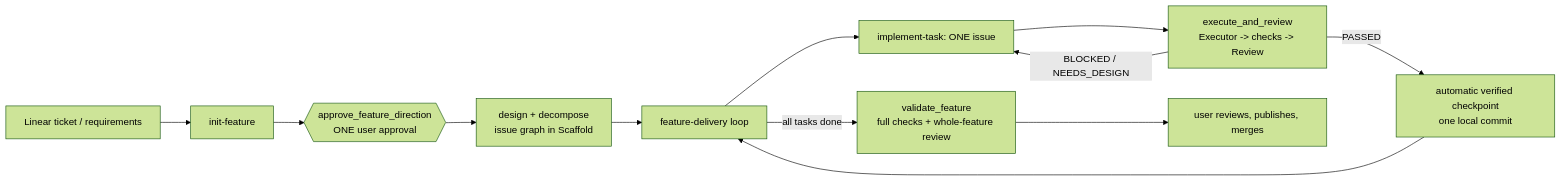
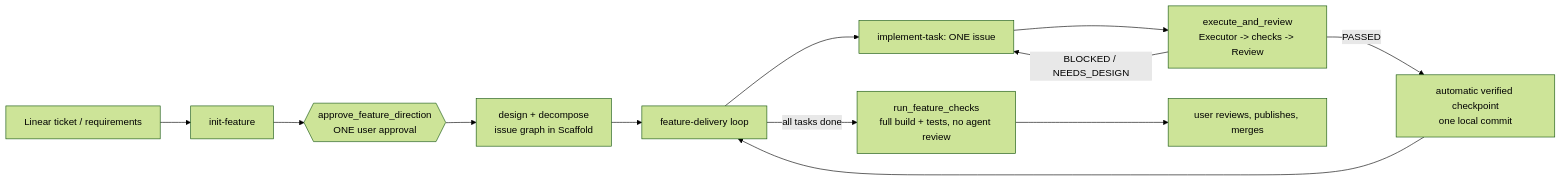
The diagram in ARCHITECTURE.md (jared-two-foxes/delivery-pipeline), drawn with Mermaid (forest theme) before and after one commit. The commit also changed other lines of this file and 27 other files, not shown here.

````diff
--- a/ARCHITECTURE.md
+++ b/ARCHITECTURE.md
@@ -35,14 +35,14 @@
 ```mermaid
 flowchart LR
   T[Linear ticket / requirements] --> I[init-feature]
   I --> A{{approve_feature_direction<br/>ONE user approval}}
   A --> D[design + decompose<br/>issue graph in Scaffold]
   D --> L[feature-delivery loop]
   L --> E[implement-task: ONE issue]
   E --> X[execute_and_review<br/>Executor -> checks -> Review]
   X -->|PASSED| C[automatic verified checkpoint<br/>one local commit]
   X -->|BLOCKED / NEEDS_DESIGN| E
   C --> L
-  L -->|all tasks done| V[validate_feature<br/>full checks + whole-feature review]
+  L -->|all tasks done| V[run_feature_checks<br/>full build + tests, no agent review]
   V --> U[user reviews, publishes, merges]
 ```
````
